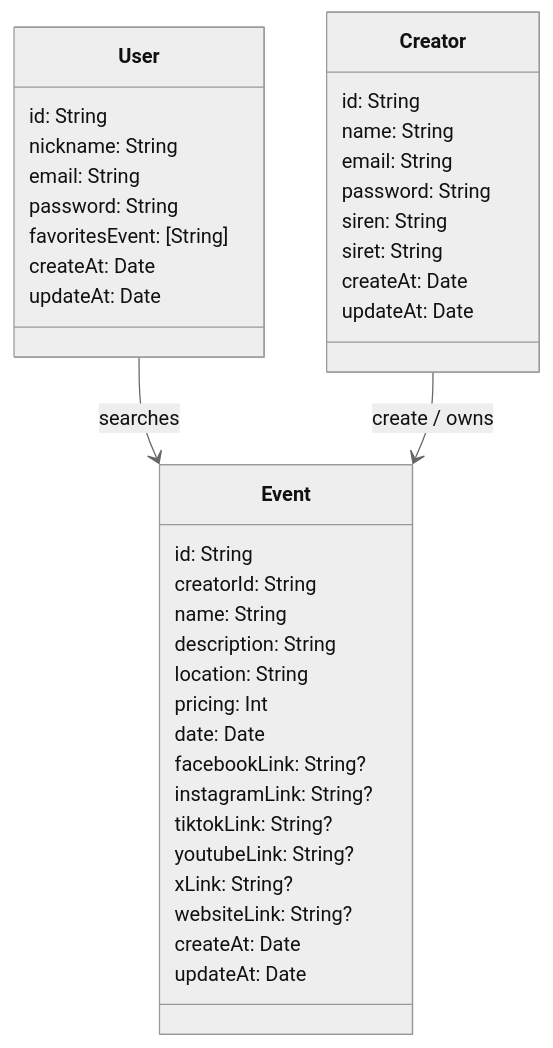
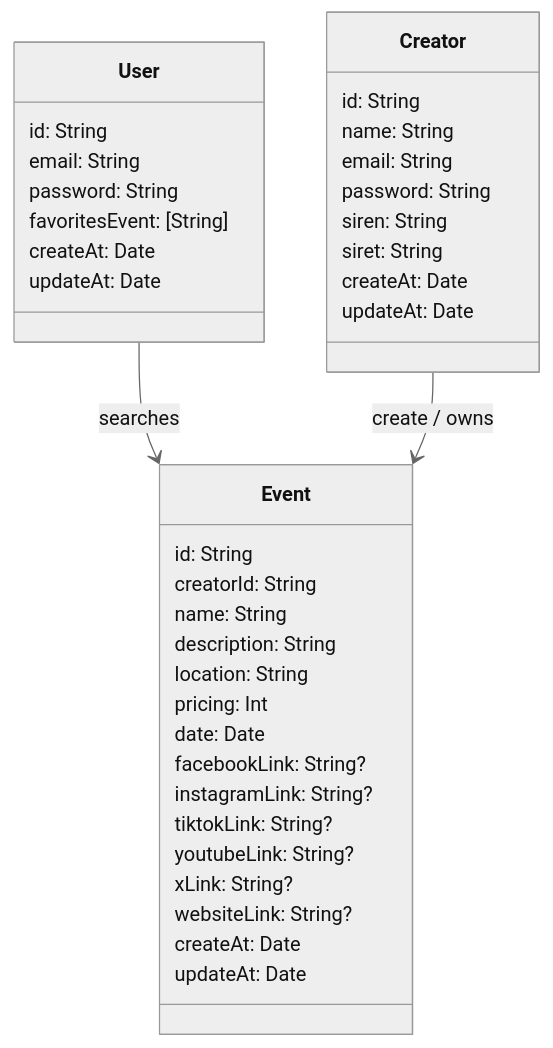
The diagram in doc/2-Technical_Documentation.md (vlldnt/Portfolio-IAKOA), drawn with Mermaid (neutral theme) before and after one commit. The commit also changed other lines of this file, not shown here.

````diff
--- a/doc/2-Technical_Documentation.md
+++ b/doc/2-Technical_Documentation.md
@@ -56,45 +56,44 @@
 ```mermaid
 classDiagram
 
 class User {
   id: String
-  nickname: String
   email: String
   password: String
   favoritesEvent: [String]
   createAt: Date
   updateAt: Date
 }
 
 class Creator {
   id: String
   name: String
   email: String
   password: String
   siren: String
   siret: String
   createAt: Date
   updateAt: Date
 }
 
 class Event {
   id: String
   creatorId: String
   name: String
   description: String
   location: String
   pricing: Int
   date: Date
   facebookLink: String?
   instagramLink: String?
   tiktokLink: String?
   youtubeLink: String?
   xLink: String?
   websiteLink: String?
   createAt: Date
   updateAt: Date
 }
 
 User --> Event : searches
 Creator --> Event : create / owns
 ```
````
